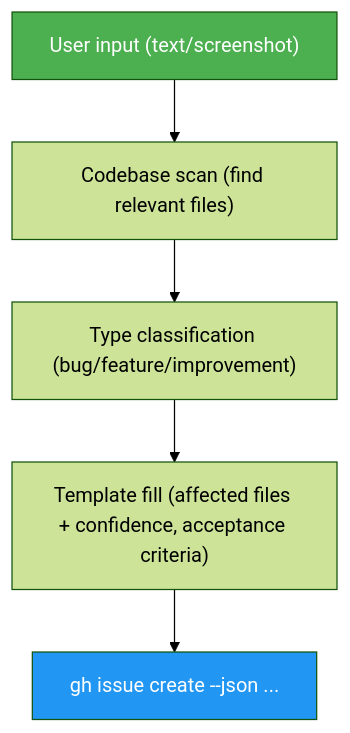
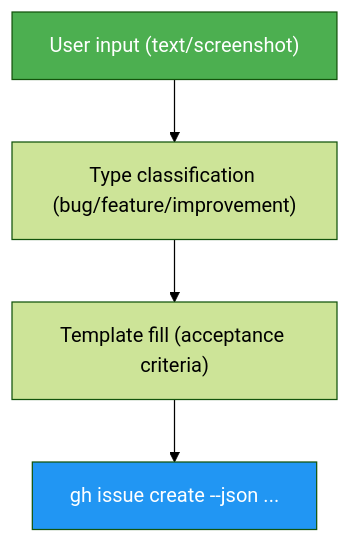
One commit to luongnv89/idd changed the second of 4 diagrams in docs/ARCHITECTURE.md. Above: the diagram before and after it, drawn with Mermaid (forest theme). The commit also changed other lines of this file and 19 other files, not shown here.

First line of the commit message:
refactor: lean issues architecture — remove codebase analysis from issues

````diff
--- a/docs/ARCHITECTURE.md
+++ b/docs/ARCHITECTURE.md
@@ -67,10 +67,9 @@
 ```mermaid
 graph TD
-    A["User input (text/screenshot)"] --> B["Codebase scan (find relevant files)"]
-    B --> C["Type classification (bug/feature/improvement)"]
-    C --> D["Template fill (affected files + confidence, acceptance criteria)"]
-    D --> E["gh issue create --json ..."]
+    A["User input (text/screenshot)"] --> B["Type classification (bug/feature/improvement)"]
+    B --> C["Template fill (acceptance criteria)"]
+    C --> D["gh issue create --json ..."]
 
     style A fill:#4CAF50,color:#fff
-    style E fill:#2196F3,color:#fff
+    style D fill:#2196F3,color:#fff
 ```
````
